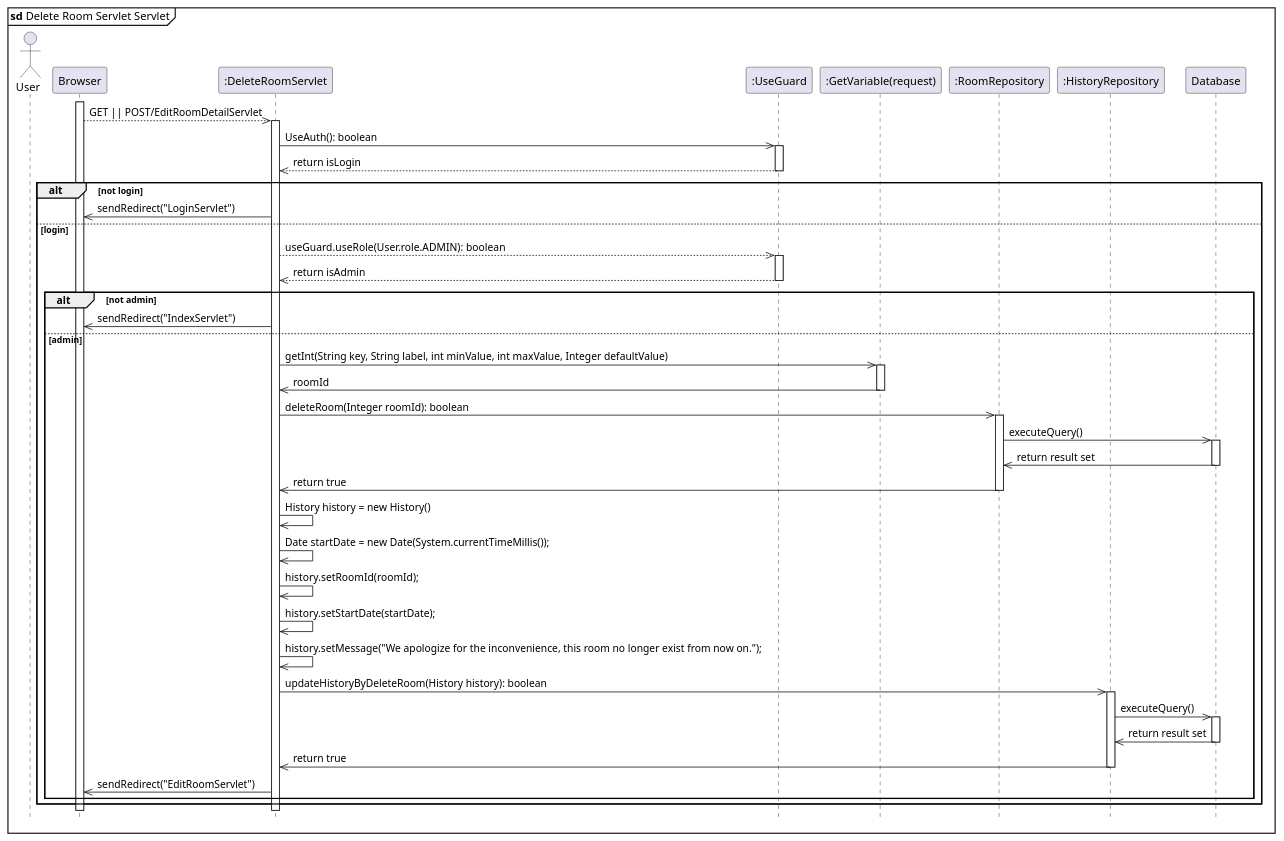
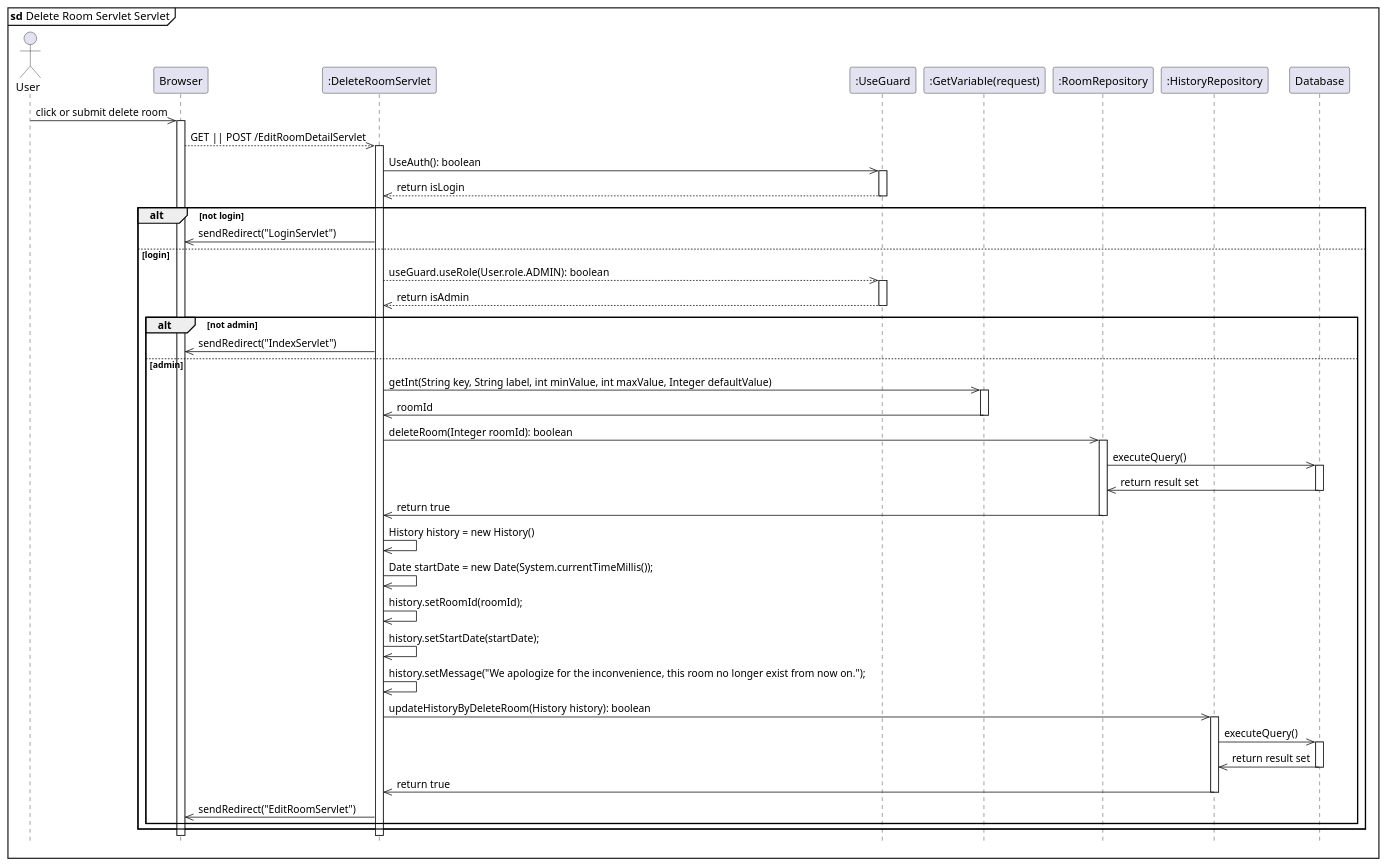
The diagram in diagram/DeleteRoomServlet.puml (kainesv86/HKCBooking), drawn with PlantUML before and after one commit. The commit also changed 6 other files, not shown here.

Commit message:
Add filter diagram, fix click link

```diff
--- a/diagram/DeleteRoomServlet.puml
+++ b/diagram/DeleteRoomServlet.puml
@@ -1,61 +1,62 @@
 hide footbox
 mainframe <b>sd</b> Delete Room Servlet Servlet
 actor User
 participant "Browser" as Browser
 participant ":DeleteRoomServlet" as DeleteRoomServlet 
 participant ":UseGuard" as UseGuard
 participant ":GetVariable(request)" as GetVariable
 participant ":RoomRepository" as RoomRepository 
 participant ":HistoryRepository" as HistoryRepository 
 participant "Database" as Database
 
+User ->> Browser: click or submit delete room
 activate Browser
-    Browser -->> DeleteRoomServlet: GET || POST/EditRoomDetailServlet
+    Browser -->> DeleteRoomServlet: GET || POST /EditRoomDetailServlet
     activate DeleteRoomServlet
         DeleteRoomServlet ->> UseGuard: UseAuth(): boolean
         activate UseGuard
             UseGuard -->> DeleteRoomServlet: return isLogin
         deactivate UseGuard
     
         alt not login 
             DeleteRoomServlet ->> Browser: sendRedirect("LoginServlet")
         else login
             DeleteRoomServlet -->> UseGuard: useGuard.useRole(User.role.ADMIN): boolean
             activate UseGuard
                 UseGuard -->> DeleteRoomServlet: return isAdmin
             deactivate UseGuard
             alt not admin 
                 DeleteRoomServlet ->> Browser: sendRedirect("IndexServlet")
             else admin
                 DeleteRoomServlet ->> GetVariable: getInt(String key, String label, int minValue, int maxValue, Integer defaultValue)
                 activate GetVariable
                     GetVariable ->> DeleteRoomServlet: roomId
                 deactivate GetVariable
 
                 DeleteRoomServlet ->> RoomRepository: deleteRoom(Integer roomId): boolean
                 activate RoomRepository
                     RoomRepository ->> Database: executeQuery()
                         activate Database 
                             Database ->> RoomRepository: return result set
                         deactivate Database
                     RoomRepository ->> DeleteRoomServlet: return true
                 deactivate RoomRepository
 
                 DeleteRoomServlet ->> DeleteRoomServlet: History history = new History()
                 DeleteRoomServlet ->> DeleteRoomServlet: Date startDate = new Date(System.currentTimeMillis());  
                 DeleteRoomServlet ->> DeleteRoomServlet: history.setRoomId(roomId);
                 DeleteRoomServlet ->> DeleteRoomServlet: history.setStartDate(startDate);
                 DeleteRoomServlet ->> DeleteRoomServlet: history.setMessage("We apologize for the inconvenience, this room no longer exist from now on.");
 
                 DeleteRoomServlet ->> HistoryRepository: updateHistoryByDeleteRoom(History history): boolean
                 activate HistoryRepository
                     HistoryRepository ->> Database: executeQuery()
                         activate Database 
                             Database ->> HistoryRepository: return result set
                         deactivate Database
                     HistoryRepository ->> DeleteRoomServlet: return true  
                 deactivate HistoryRepository 
 
                 DeleteRoomServlet ->> Browser: sendRedirect("EditRoomServlet")
             end
         end
```
